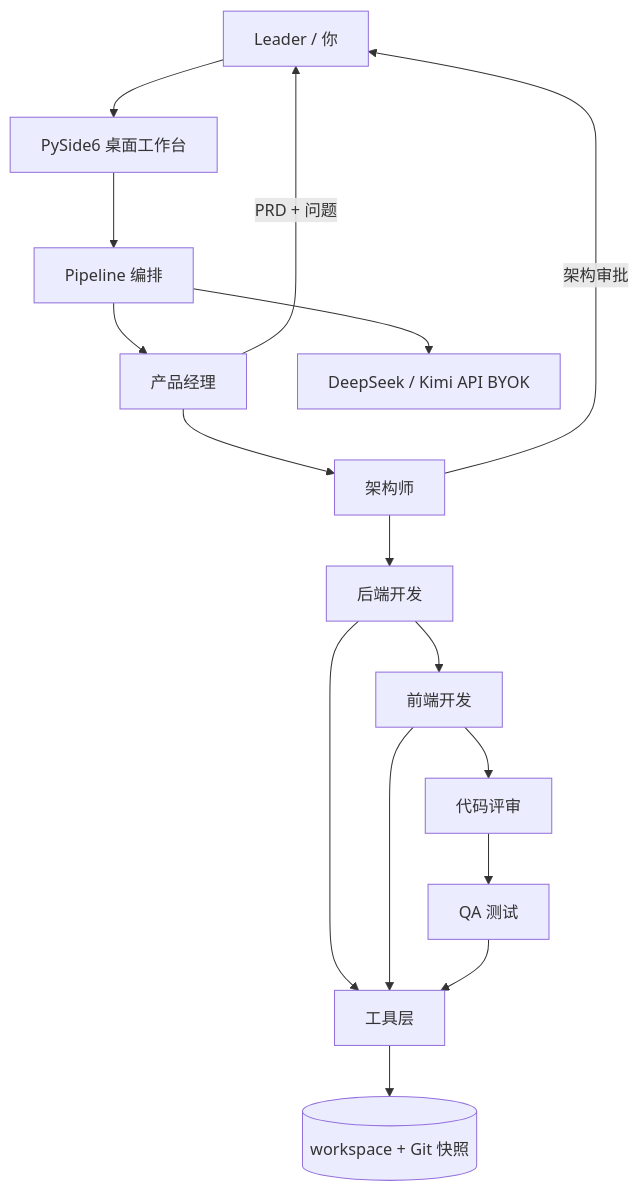
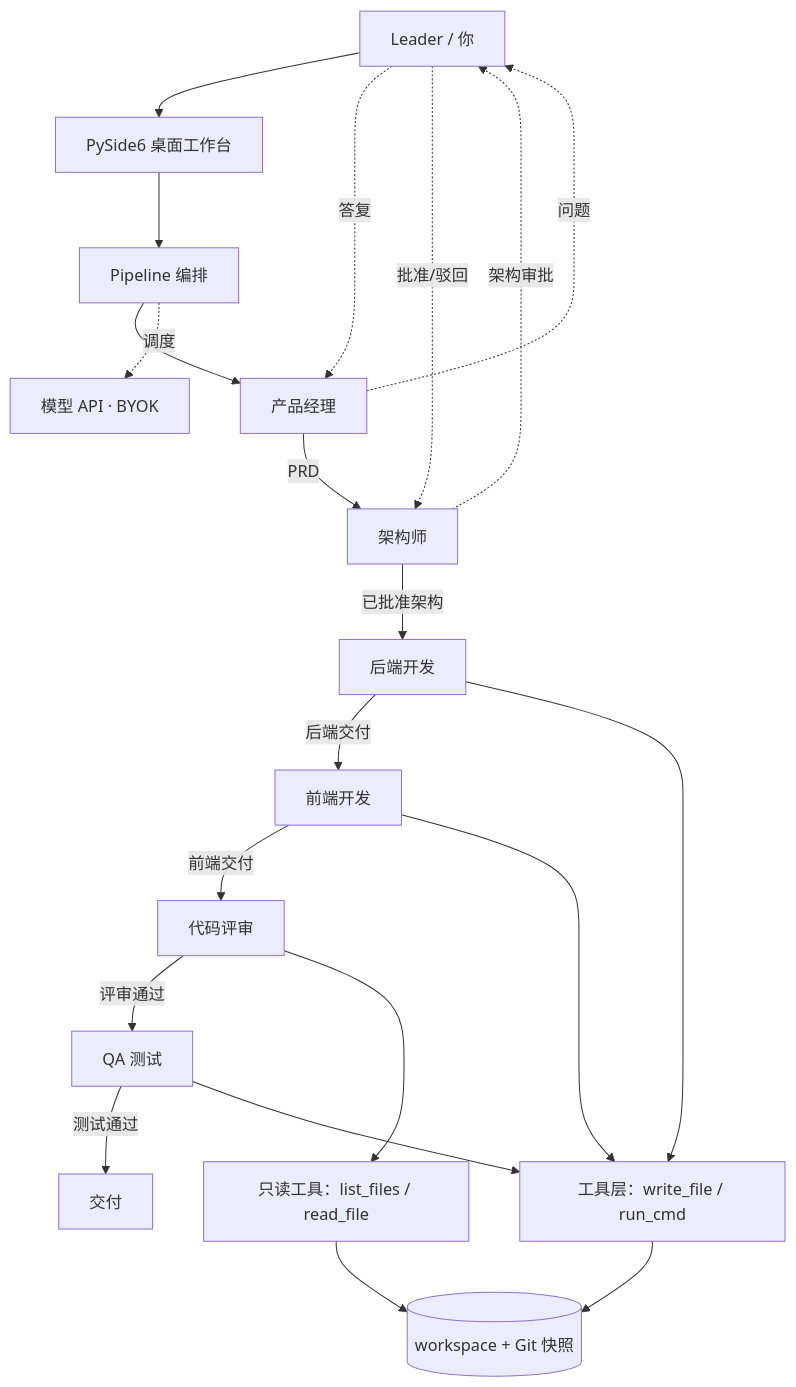
Before and after one commit to LiuShiW/Description_agent_manager: the diagram in README.md, drawn with Mermaid. The commit also changed other lines of this file and 2 other files, not shown here.

Commit message:
文档：修正仓库地址与架构图
仓库地址更新为 LiuShiW
澄清交付链：后端→前端→代码评审→QA，工具层只是执行手段
NOTICE 版权人更新为 LiuShiW

````diff
--- a/README.md
+++ b/README.md
@@ -27,18 +27,27 @@
 ```mermaid
 flowchart TD
     U[Leader / 你] --> UI[PySide6 桌面工作台]
     UI --> P[Pipeline 编排]
+
     P --> PM[产品经理]
-    PM -->|PRD + 问题| U
-    PM --> AR[架构师]
-    AR -->|架构审批| U
-    AR --> BE[后端开发]
-    BE --> FE[前端开发]
-    FE --> RV[代码评审]
-    RV --> QA[QA 测试]
-    BE --> T[工具层]
+    PM -->|PRD| AR[架构师]
+    AR -->|已批准架构| BE[后端开发]
+    BE -->|后端交付| FE[前端开发]
+    FE -->|前端交付| RV[代码评审]
+    RV -->|评审通过| QA[QA 测试]
+    QA -->|测试通过| D[交付]
+
+    PM -.问题.-> U
+    U -.答复.-> PM
+    AR -.架构审批.-> U
+    U -.批准/驳回.-> AR
+
+    BE --> T[工具层：write_file / run_cmd]
     FE --> T
     QA --> T
+    RV --> R[只读工具：list_files / read_file]
     T --> WS[(workspace + Git 快照)]
-    P --> M[DeepSeek / Kimi API BYOK]
+    R --> WS
+
+    P -.调度.-> M[模型 API · BYOK]
 ```
````
